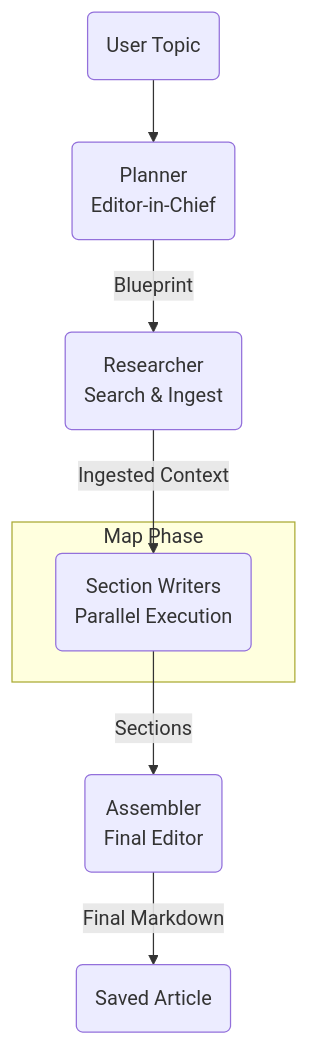
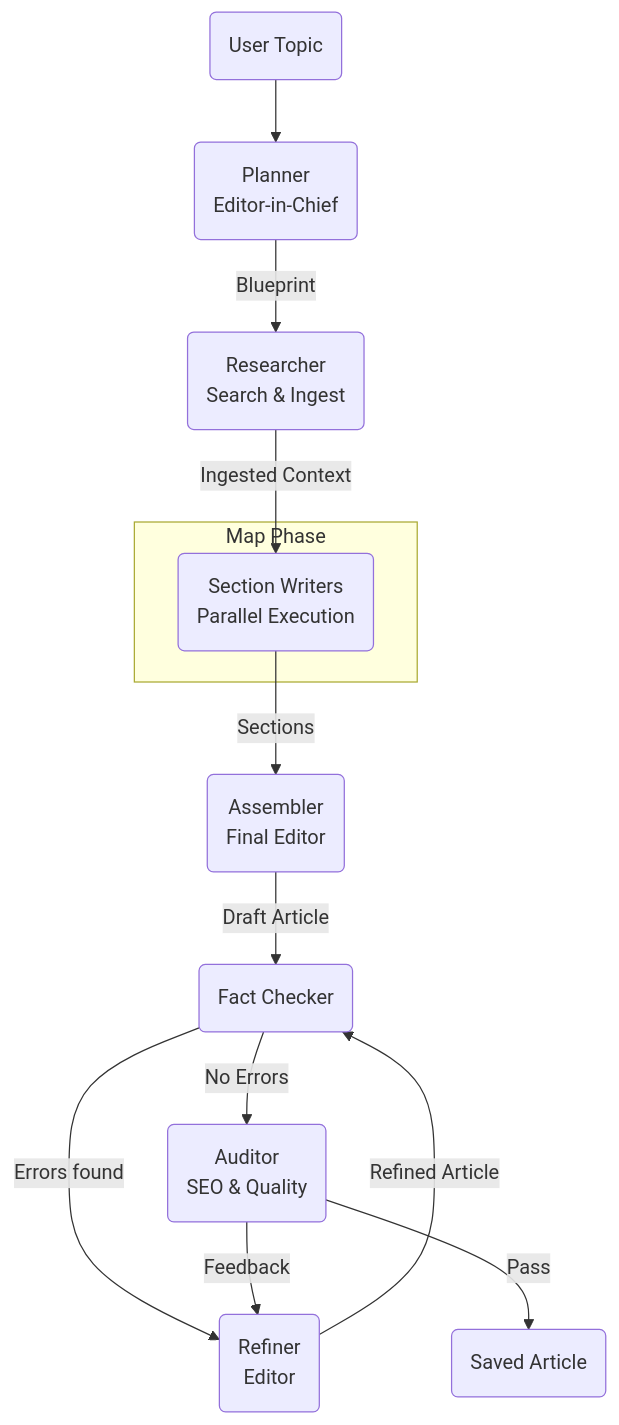
One commit to Jedsman/anca changed the diagram in docs/03_GEMINI_map_reduce_walkthrough.md. Above: the diagram before and after it, drawn with Mermaid. The commit also changed other lines of this file and 12 other files, not shown here.

Commit message:
added audit and fact checker

````diff
--- a/docs/03_GEMINI_map_reduce_walkthrough.md
+++ b/docs/03_GEMINI_map_reduce_walkthrough.md
@@ -9,13 +9,18 @@
 ```mermaid
 graph TD
     UserInput(User Topic) --> Planner
     Planner(Planner<br/>Editor-in-Chief) -->|Blueprint| Researcher
     Researcher(Researcher<br/>Search & Ingest) -->|Ingested Context| Writers
 
     subgraph Map Phase
         Writers(Section Writers<br/>Parallel Execution)
     end
 
     Writers -->|Sections| Assembler
-    Assembler(Assembler<br/>Final Editor) -->|Final Markdown| Output(Saved Article)
+    Assembler(Assembler<br/>Final Editor) -->|Draft Article| FactChecker
+    FactChecker(Fact Checker) -->|Errors found| Refiner
+    FactChecker -->|No Errors| Auditor
+    Auditor(Auditor<br/>SEO & Quality) -->|Feedback| Refiner
+    Refiner(Refiner<br/>Editor) -->|Refined Article| FactChecker
+    Auditor -->|Pass| Output(Saved Article)
 ```
````
